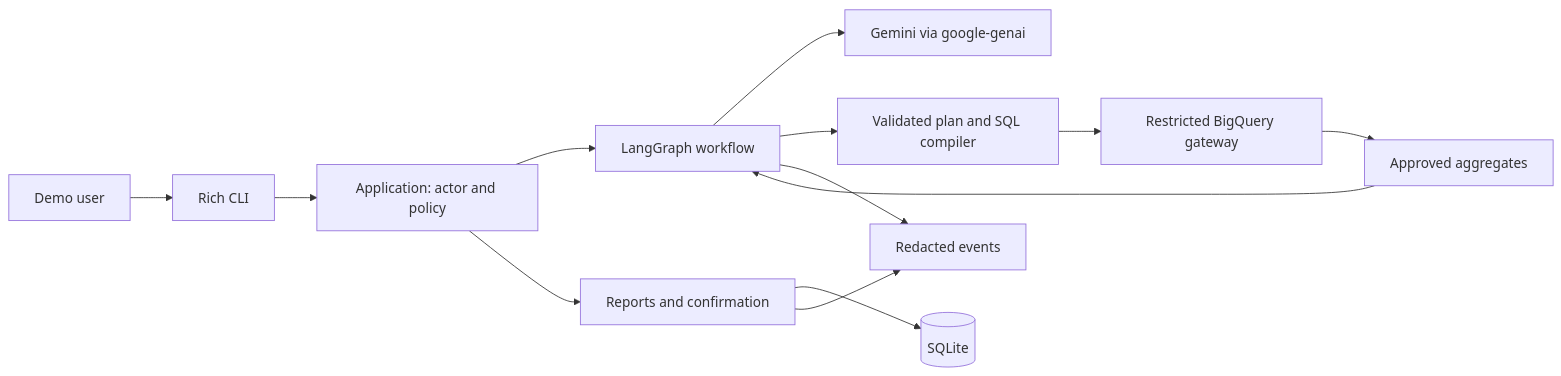
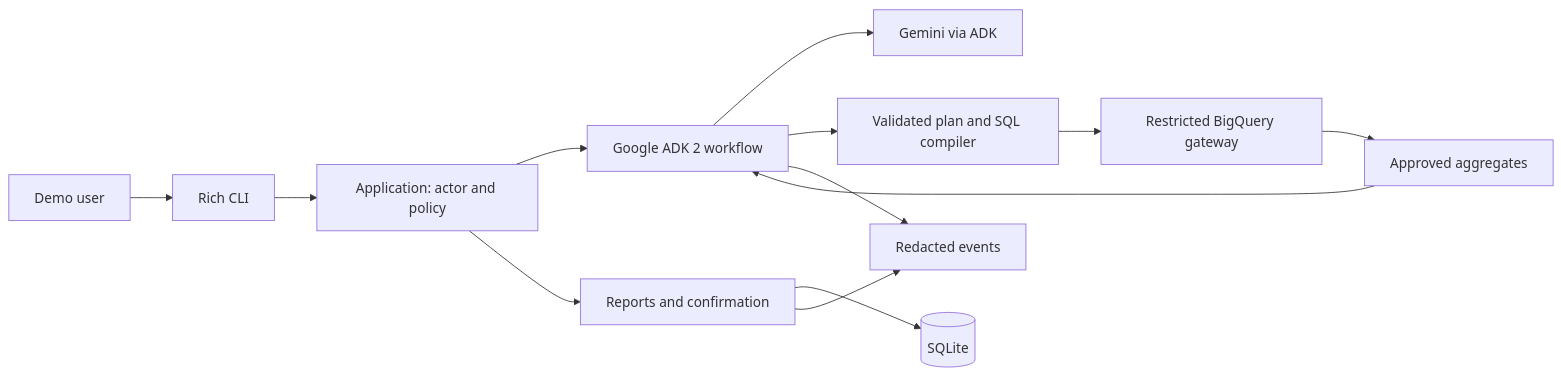
One commit to Wyjakx/retail-analytics-agent changed the first of 2 diagrams in docs/architecture.md. Above: the diagram before and after it, drawn with Mermaid. The commit also changed other lines of this file and 3 other files, not shown here.

Commit message:
docs: adopt ADK 2 workflow for retail analytics agent

````diff
--- a/docs/architecture.md
+++ b/docs/architecture.md
@@ -13,15 +13,15 @@
 ```mermaid
 flowchart LR
     U["Demo user"] --> CLI["Rich CLI"]
     CLI --> APP["Application: actor and policy"]
-    APP --> G["LangGraph workflow"]
-    G --> M["Gemini via google-genai"]
+    APP --> G["Google ADK 2 workflow"]
+    G --> M["Gemini via ADK"]
     G --> Q["Validated plan and SQL compiler"]
     Q --> BQ["Restricted BigQuery gateway"]
     BQ --> A["Approved aggregates"]
     A --> G
     APP --> R["Reports and confirmation"]
     R --> DB[("SQLite")]
     G --> T["Redacted events"]
     R --> T
 ```
````
